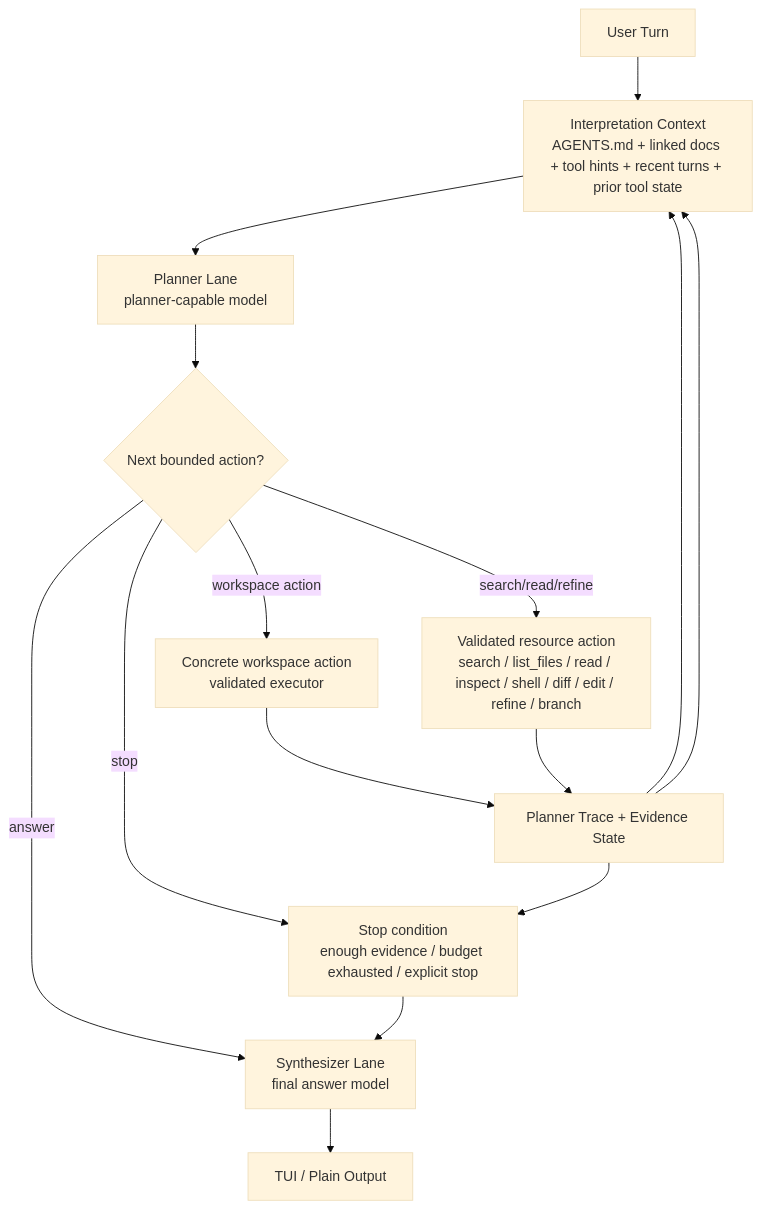
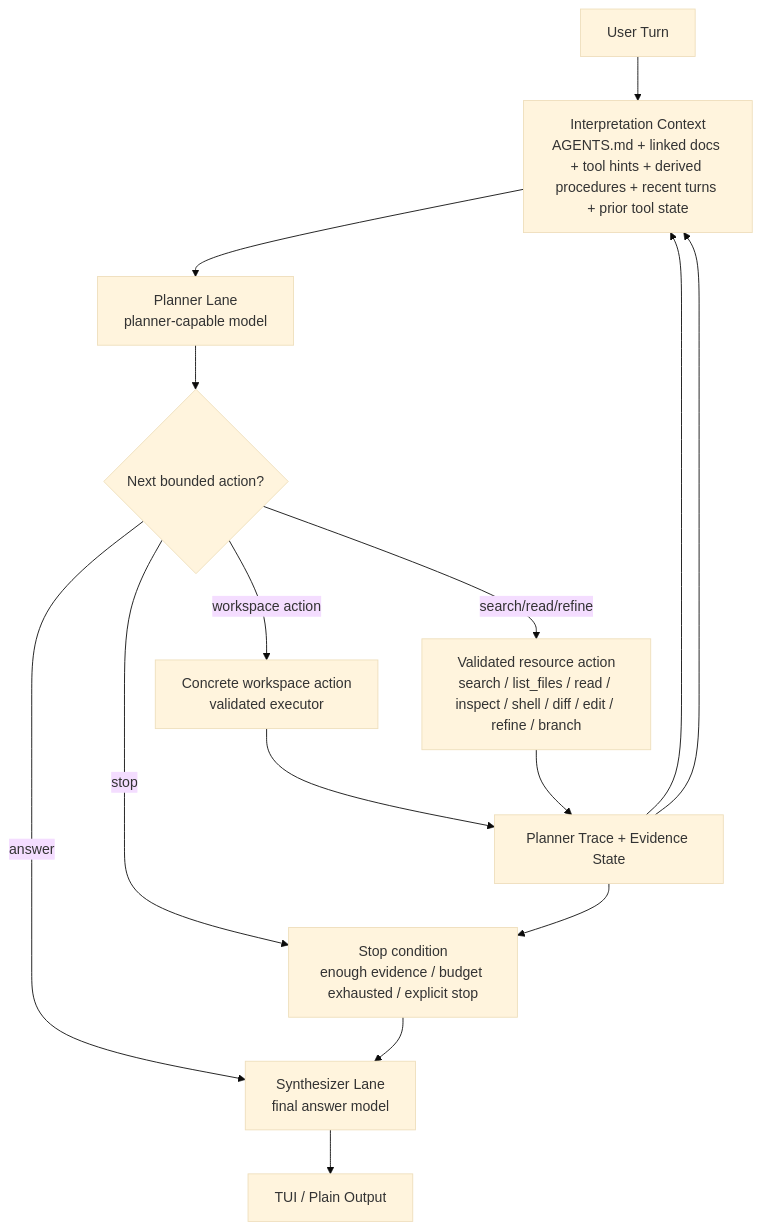
The first of 5 diagrams in README.md (spoke-sh/paddles), drawn with Mermaid (base theme) before and after one commit. The commit also changed other lines of this file and 7 other files, not shown here.

````diff
--- a/README.md
+++ b/README.md
@@ -25,21 +25,21 @@
 ```mermaid
 flowchart TD
     U["User Turn"]
-    I["Interpretation Context<br/>AGENTS.md + linked docs + tool hints + recent turns + prior tool state"]
+    I["Interpretation Context<br/>AGENTS.md + linked docs + tool hints + derived procedures + recent turns + prior tool state"]
     P["Planner Lane<br/>planner-capable model"]
     D{"Next bounded action?"}
     A["Validated resource action<br/>search / list_files / read / inspect / shell / diff / edit / refine / branch"]
     X["Concrete workspace action<br/>validated executor"]
     S["Planner Trace + Evidence State"]
     T["Stop condition<br/>enough evidence / budget exhausted / explicit stop"]
     Y["Synthesizer Lane<br/>final answer model"]
     R["TUI / Plain Output"]
 
     U --> I --> P --> D
     D -->|answer| Y
     D -->|workspace action| X --> S --> I
     D -->|search/read/refine| A --> S --> I
     D -->|stop| T --> Y
     S --> T
     Y --> R
 ```
````
